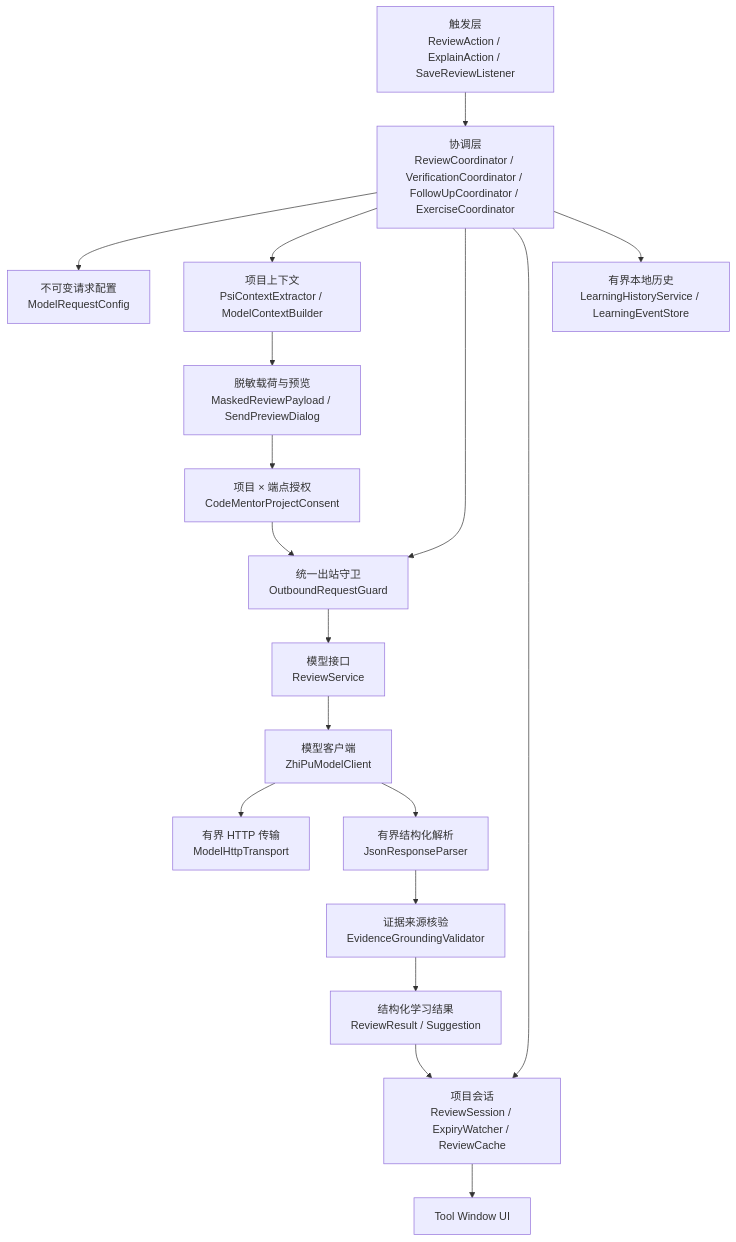
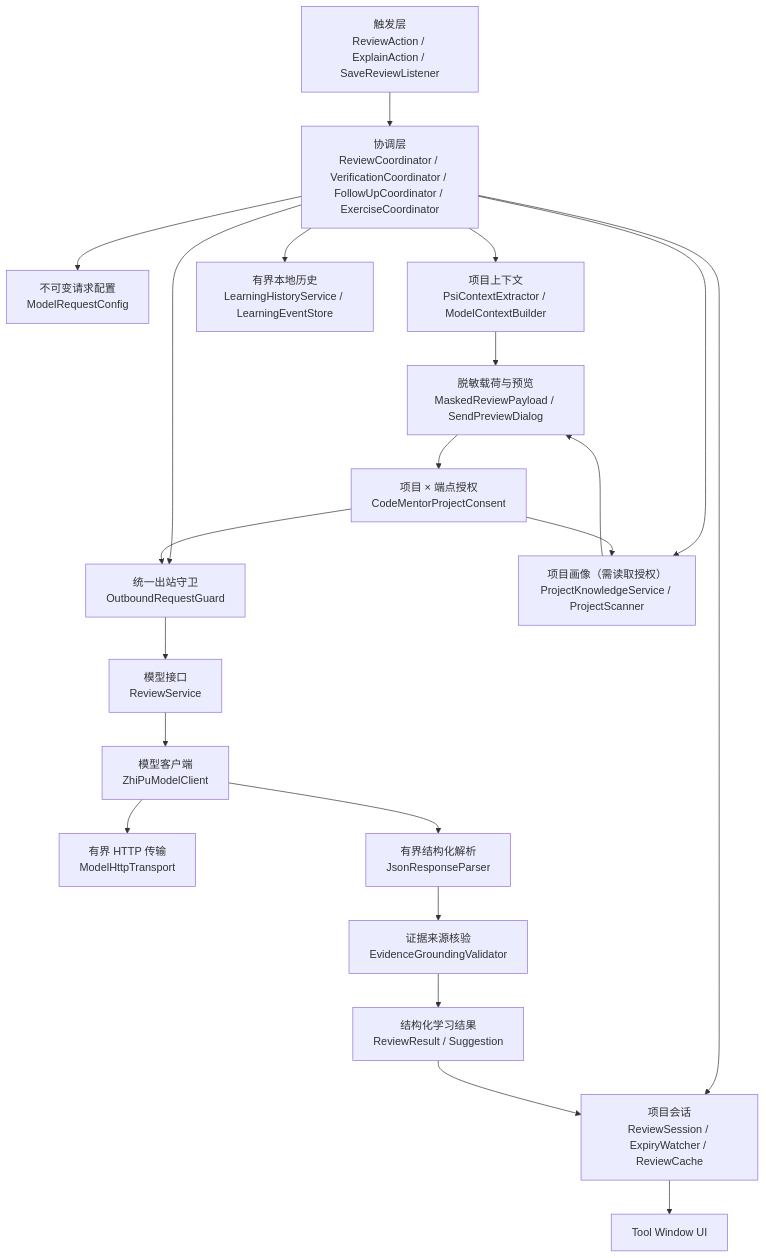
The diagram in docs/ARCHITECTURE.md (CreateKIBO/code_learning_helper), drawn with Mermaid before and after one commit. The commit also changed other lines of this file and 54 other files, not shown here.

````diff
--- a/docs/ARCHITECTURE.md
+++ b/docs/ARCHITECTURE.md
@@ -23,20 +28,23 @@
 ```mermaid
 flowchart TD
     A["触发层<br/>ReviewAction / ExplainAction / SaveReviewListener"] --> B["协调层<br/>ReviewCoordinator / VerificationCoordinator / FollowUpCoordinator / ExerciseCoordinator"]
     B --> C["不可变请求配置<br/>ModelRequestConfig"]
     B --> D["项目上下文<br/>PsiContextExtractor / ModelContextBuilder"]
     B --> E["统一出站守卫<br/>OutboundRequestGuard"]
     D --> F["脱敏载荷与预览<br/>MaskedReviewPayload / SendPreviewDialog"]
     F --> G["项目 × 端点授权<br/>CodeMentorProjectConsent"]
     G --> E
     E --> H["模型接口<br/>ReviewService"]
     H --> I["模型客户端<br/>ZhiPuModelClient"]
     I --> J["有界 HTTP 传输<br/>ModelHttpTransport"]
     I --> K["有界结构化解析<br/>JsonResponseParser"]
     K --> O["证据来源核验<br/>EvidenceGroundingValidator"]
     O --> P["结构化学习结果<br/>ReviewResult / Suggestion"]
     B --> L["项目会话<br/>ReviewSession / ExpiryWatcher / ReviewCache"]
     P --> L
     L --> M["Tool Window UI"]
     B --> N["有界本地历史<br/>LearningHistoryService / LearningEventStore"]
+    B --> Q["项目画像（需读取授权）<br/>ProjectKnowledgeService / ProjectScanner"]
+    G --> Q
+    Q --> F
 ```
````
